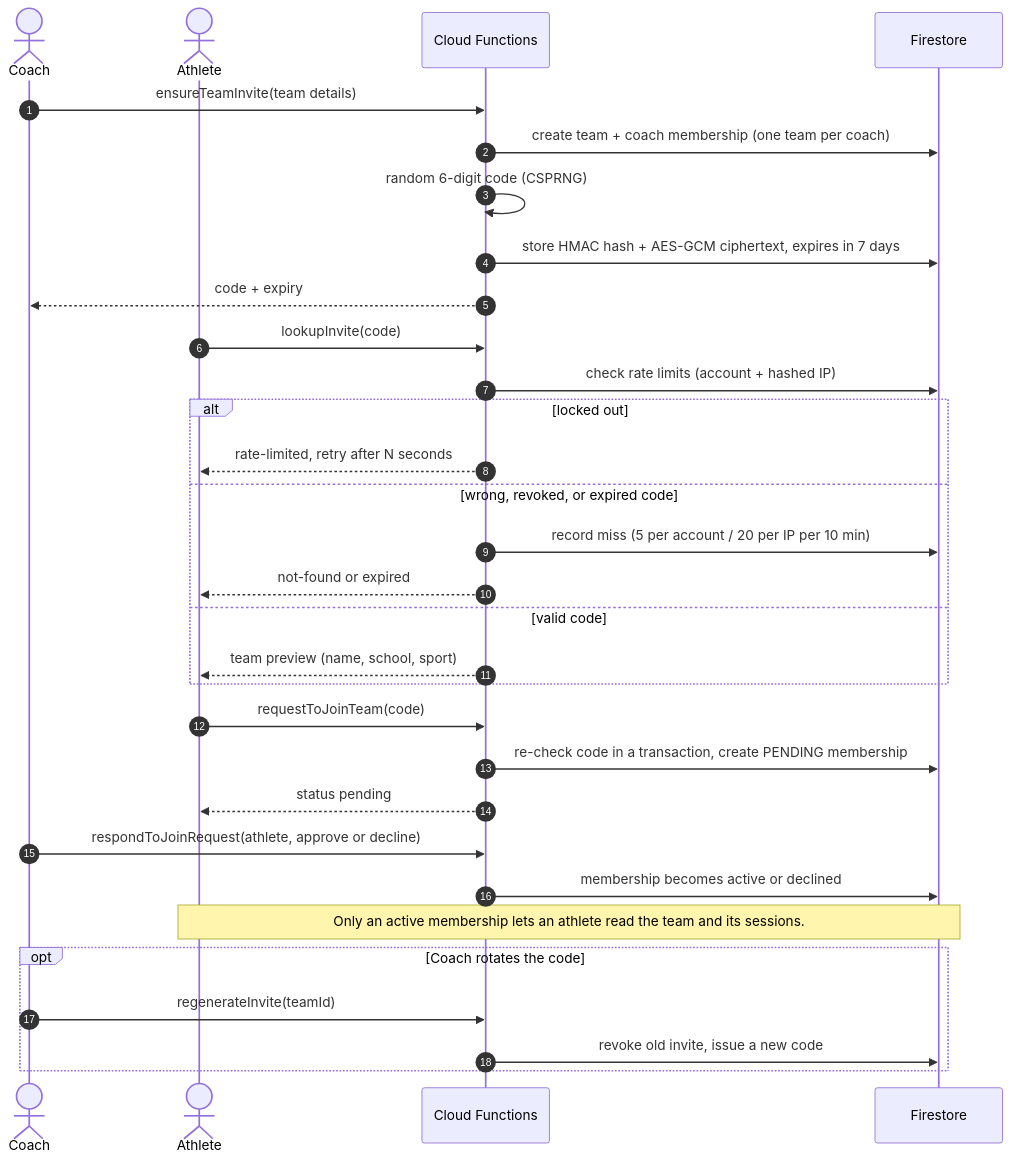
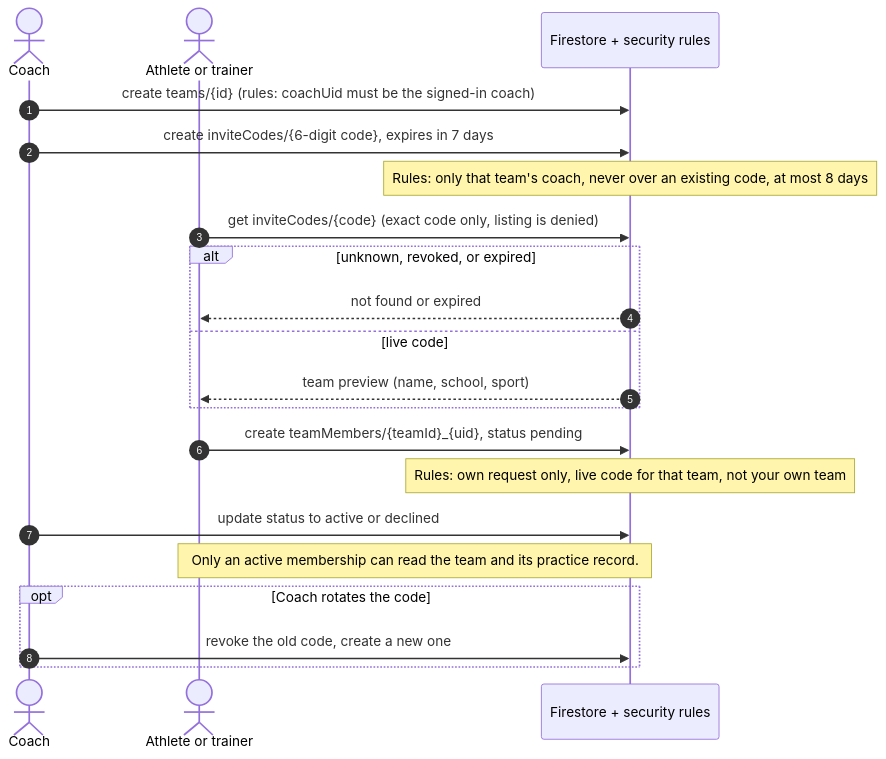
The third of 8 diagrams in README.md (s-k-28/heatsense), drawn with Mermaid before and after one commit. The commit also changed other lines of this file and 14 other files, not shown here.

First line of the commit message:
Remove Cloud Functions; document the free-plan backend

````diff
--- a/README.md
+++ b/README.md
@@ -139,38 +133,28 @@
 ```mermaid
 sequenceDiagram
     autonumber
     actor Coach
-    actor Athlete
-    participant Fn as Cloud Functions
-    participant DB as Firestore
+    actor Athlete as Athlete or trainer
+    participant DB as Firestore + security rules
 
-    Coach->>Fn: ensureTeamInvite(team details)
-    Fn->>DB: create team + coach membership (one team per coach)
-    Fn->>Fn: random 6-digit code (CSPRNG)
-    Fn->>DB: store HMAC hash + AES-GCM ciphertext, expires in 7 days
-    Fn-->>Coach: code + expiry
+    Coach->>DB: create teams/{id} (rules: coachUid must be the signed-in coach)
+    Coach->>DB: create inviteCodes/{6-digit code}, expires in 7 days
+    Note over DB: Rules: only that team's coach, never over an existing code, at most 8 days
 
-    Athlete->>Fn: lookupInvite(code)
-    Fn->>DB: check rate limits (account + hashed IP)
-    alt locked out
-        Fn-->>Athlete: rate-limited, retry after N seconds
-    else wrong, revoked, or expired code
-        Fn->>DB: record miss (5 per account / 20 per IP per 10 min)
-        Fn-->>Athlete: not-found or expired
-    else valid code
-        Fn-->>Athlete: team preview (name, school, sport)
+    Athlete->>DB: get inviteCodes/{code} (exact code only, listing is denied)
+    alt unknown, revoked, or expired
+        DB-->>Athlete: not found or expired
+    else live code
+        DB-->>Athlete: team preview (name, school, sport)
     end
 
-    Athlete->>Fn: requestToJoinTeam(code)
-    Fn->>DB: re-check code in a transaction, create PENDING membership
-    Fn-->>Athlete: status pending
+    Athlete->>DB: create teamMembers/{teamId}_{uid}, status pending
+    Note over DB: Rules: own request only, live code for that team, not your own team
 
-    Coach->>Fn: respondToJoinRequest(athlete, approve or decline)
-    Fn->>DB: membership becomes active or declined
-    Note over Athlete,DB: Only an active membership lets an athlete read the team and its sessions.
+    Coach->>DB: update status to active or declined
+    Note over Athlete,DB: Only an active membership can read the team and its practice record.
 
     opt Coach rotates the code
-        Coach->>Fn: regenerateInvite(teamId)
-        Fn->>DB: revoke old invite, issue a new code
+        Coach->>DB: revoke the old code, create a new one
     end
 ```
````
